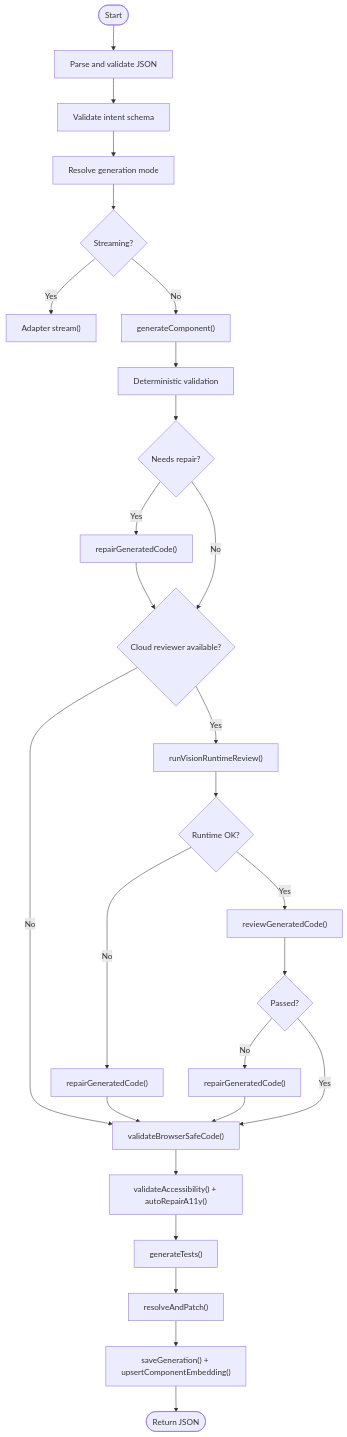
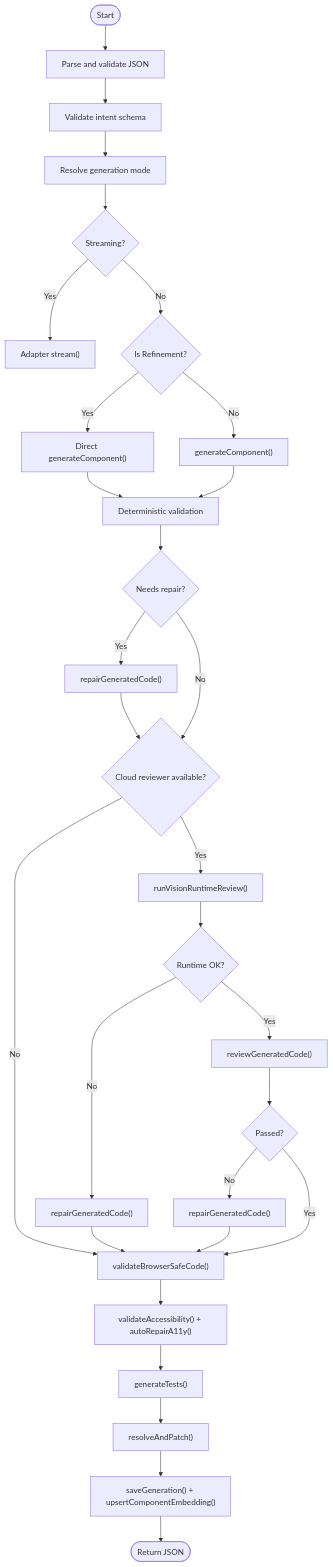
One commit to shekhargiri005-dotcom/AI-powered-accessibility-first-UI-engine changed the third of 4 diagrams in .qoder/repowiki/en/content/AI Generation Engine/Core Generation Pipeline/Core Generation Pipeline.md. Above: the diagram before and after it, drawn with Mermaid. The commit also changed other lines of this file and 71 other files, not shown here.

````diff
--- a/.qoder/repowiki/en/content/AI Generation Engine/Core Generation Pipeline/Core Generation Pipeline.md
+++ b/.qoder/repowiki/en/content/AI Generation Engine/Core Generation Pipeline/Core Generation Pipeline.md
@@ -157,29 +191,32 @@
 ```mermaid
 flowchart TD
 Start(["Start"]) --> Parse["Parse and validate JSON"]
 Parse --> Intent["Validate intent schema"]
 Intent --> Mode["Resolve generation mode"]
 Mode --> StreamCheck{"Streaming?"}
 StreamCheck --> |Yes| Stream["Adapter stream()"]
-StreamCheck --> |No| Gen["generateComponent()"]
-Gen --> DetCheck["Deterministic validation"]
+StreamCheck --> |No| RefinementCheck{"Is Refinement?"}
+RefinementCheck --> |Yes| DirectGen["Direct generateComponent()"]
+RefinementCheck --> |No| Gen["generateComponent()"]
+DirectGen --> DetCheck["Deterministic validation"]
+Gen --> DetCheck
 DetCheck --> RepairDet{"Needs repair?"}
 RepairDet --> |Yes| RepairCall["repairGeneratedCode()"]
 RepairDet --> |No| ReviewCheck{"Cloud reviewer available?"}
 RepairCall --> ReviewCheck
 ReviewCheck --> |No| Safety["validateBrowserSafeCode()"]
 ReviewCheck --> |Yes| Vision["runVisionRuntimeReview()"]
 Vision --> VisionOK{"Runtime OK?"}
 VisionOK --> |No| RepairVision["repairGeneratedCode()"]
 VisionOK --> |Yes| TextReview["reviewGeneratedCode()"]
 TextReview --> ReviewOK{"Passed?"}
 ReviewOK --> |No| RepairText["repairGeneratedCode()"]
 ReviewOK --> |Yes| Safety
 RepairVision --> Safety
 RepairText --> Safety
 Safety --> A11y["validateAccessibility() + autoRepairA11y()"]
 A11y --> Tests["generateTests()"]
 Tests --> Dep["resolveAndPatch()"]
 Dep --> Persist["saveGeneration() + upsertComponentEmbedding()"]
 Persist --> End(["Return JSON"])
 ```
````
